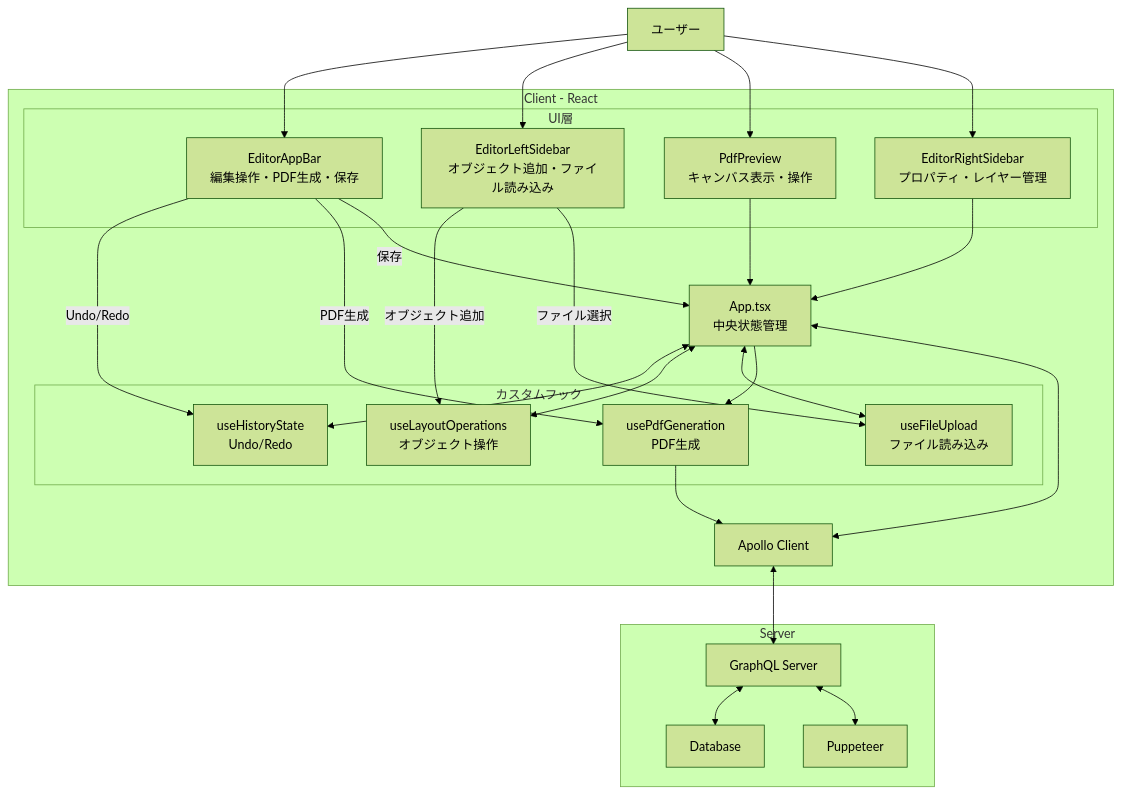
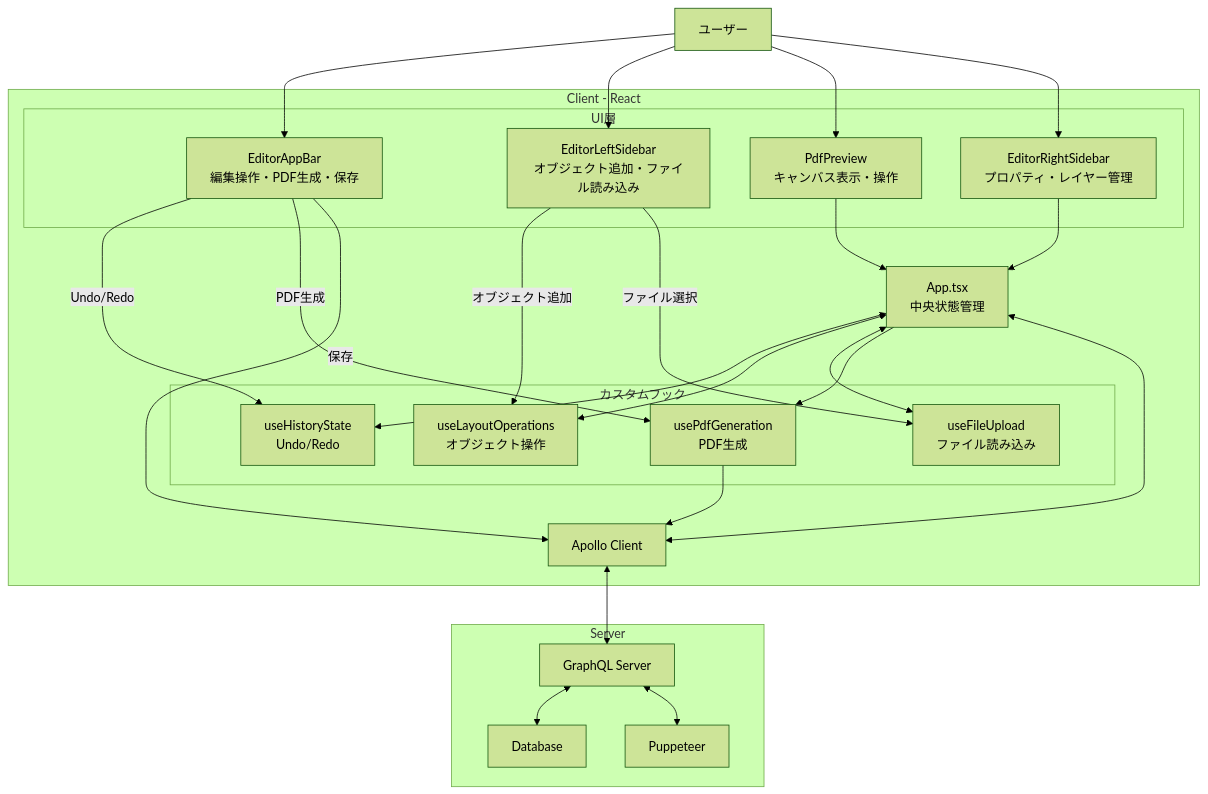
One commit to andsaki/pdf-editor changed the diagram in docs/DESIGN_DOC_INTERVIEW.md. Above: the diagram before and after it, drawn with Mermaid (forest theme).

Commit message:
docs: Fix save button flow in architecture diagram
保存ボタンのデータフローを修正しました。

**変更内容:**
- 保存ボタンから AppState ではなく ApolloClient に直接接続
- App.tsx:179 の saveInvoice 関数が updateInvoiceMutation を使用してサーバーに保存する実装を正確に反映

🤖 Generated with [Claude Code](https://claude.com/claude-code)

````diff
--- a/docs/DESIGN_DOC_INTERVIEW.md
+++ b/docs/DESIGN_DOC_INTERVIEW.md
@@ -38,55 +38,55 @@
 ```mermaid
 graph TB
     User["ユーザー"]
 
     subgraph Client["Client - React"]
         subgraph UI["UI層"]
             AppBar["EditorAppBar<br/>編集操作・PDF生成・保存"]
             LeftSidebar["EditorLeftSidebar<br/>オブジェクト追加・ファイル読み込み"]
             Canvas["PdfPreview<br/>キャンバス表示・操作"]
             RightSidebar["EditorRightSidebar<br/>プロパティ・レイヤー管理"]
         end
 
         AppState["App.tsx<br/>中央状態管理"]
 
         subgraph Hooks["カスタムフック"]
             HistoryHook["useHistoryState<br/>Undo/Redo"]
             LayoutHook["useLayoutOperations<br/>オブジェクト操作"]
             FileHook["useFileUpload<br/>ファイル読み込み"]
             PdfHook["usePdfGeneration<br/>PDF生成"]
         end
 
         ApolloClient["Apollo Client"]
     end
 
     subgraph Server
         GraphQLServer["GraphQL Server"]
         DB["Database"]
         Puppeteer["Puppeteer"]
     end
 
     User --> AppBar
     User --> LeftSidebar
     User --> Canvas
     User --> RightSidebar
 
     AppBar -->|Undo/Redo| HistoryHook
     AppBar -->|PDF生成| PdfHook
-    AppBar -->|保存| AppState
+    AppBar -->|保存| ApolloClient
     LeftSidebar -->|オブジェクト追加| LayoutHook
     LeftSidebar -->|ファイル選択| FileHook
     Canvas --> AppState
     RightSidebar --> AppState
 
     AppState <--> HistoryHook
     AppState <--> LayoutHook
     AppState <--> FileHook
     AppState --> PdfHook
 
     AppState <--> ApolloClient
     PdfHook --> ApolloClient
 
     ApolloClient <--> GraphQLServer
     GraphQLServer <--> DB
     GraphQLServer <--> Puppeteer
 ```
````
